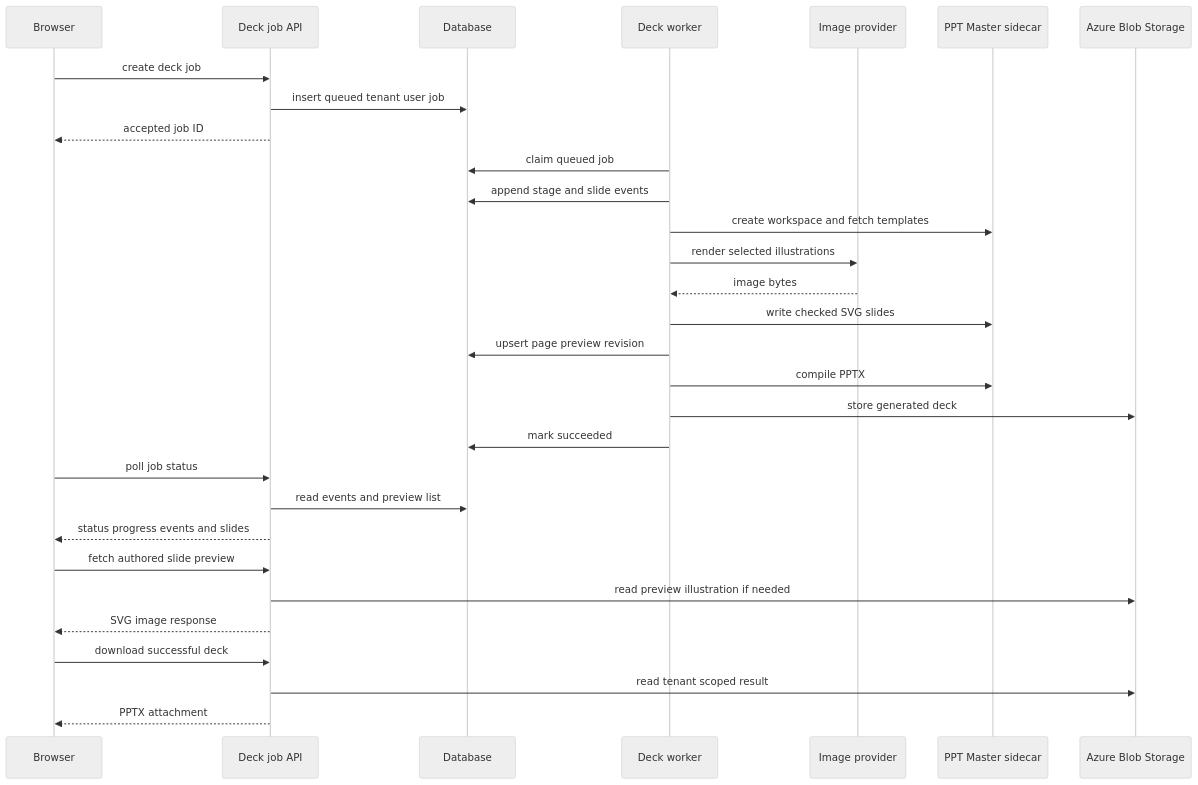
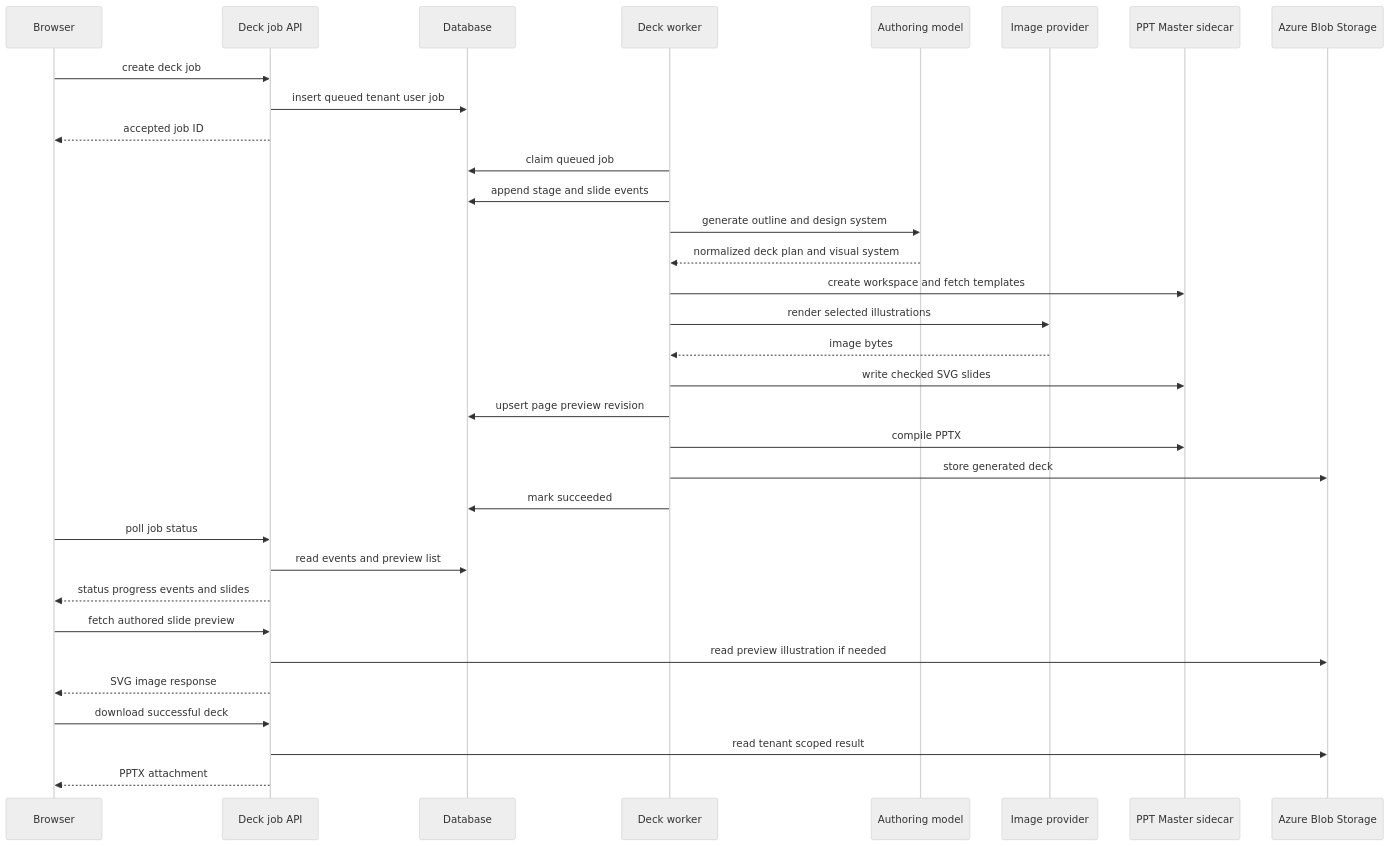
The first of 2 diagrams in openwiki/backend/ppt-master-decks.md (tony30552001/Genpic-master), drawn with Mermaid (neutral theme) before and after one commit. The commit also changed other lines of this file and 38 other files, not shown here.

````diff
--- a/openwiki/backend/ppt-master-decks.md
+++ b/openwiki/backend/ppt-master-decks.md
@@ -28,32 +28,35 @@
 ```mermaid
 sequenceDiagram
   participant Browser
   participant Api as Deck job API
   participant Database
   participant Worker as Deck worker
+  participant Llm as Authoring model
   participant Image as Image provider
   participant Sidecar as PPT Master sidecar
   participant Blob as Azure Blob Storage
   Browser->>Api: create deck job
   Api->>Database: insert queued tenant user job
   Api-->>Browser: accepted job ID
   Worker->>Database: claim queued job
   Worker->>Database: append stage and slide events
+  Worker->>Llm: generate outline and design system
+  Llm-->>Worker: normalized deck plan and visual system
   Worker->>Sidecar: create workspace and fetch templates
   Worker->>Image: render selected illustrations
   Image-->>Worker: image bytes
   Worker->>Sidecar: write checked SVG slides
   Worker->>Database: upsert page preview revision
   Worker->>Sidecar: compile PPTX
   Worker->>Blob: store generated deck
   Worker->>Database: mark succeeded
   Browser->>Api: poll job status
   Api->>Database: read events and preview list
   Api-->>Browser: status progress events and slides
   Browser->>Api: fetch authored slide preview
   Api->>Blob: read preview illustration if needed
   Api-->>Browser: SVG image response
   Browser->>Api: download successful deck
   Api->>Blob: read tenant scoped result
   Api-->>Browser: PPTX attachment
 ```
````
